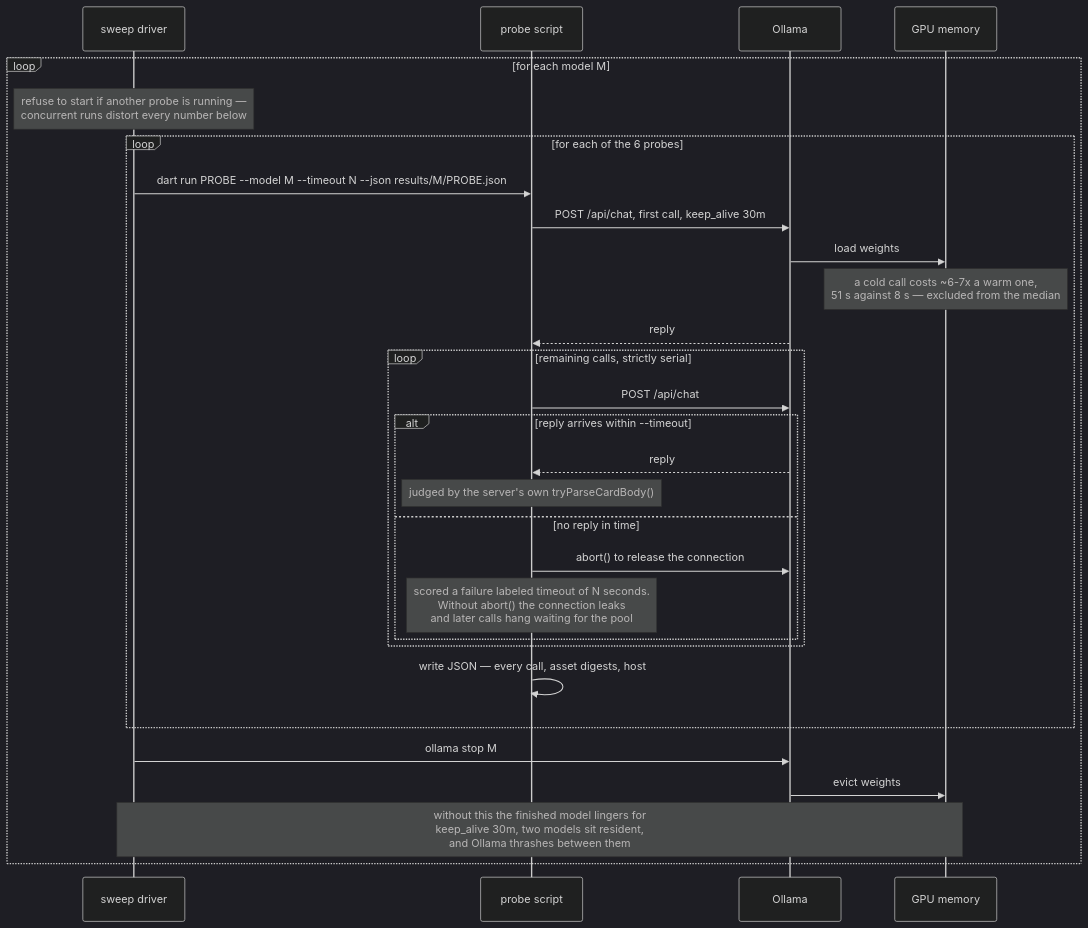
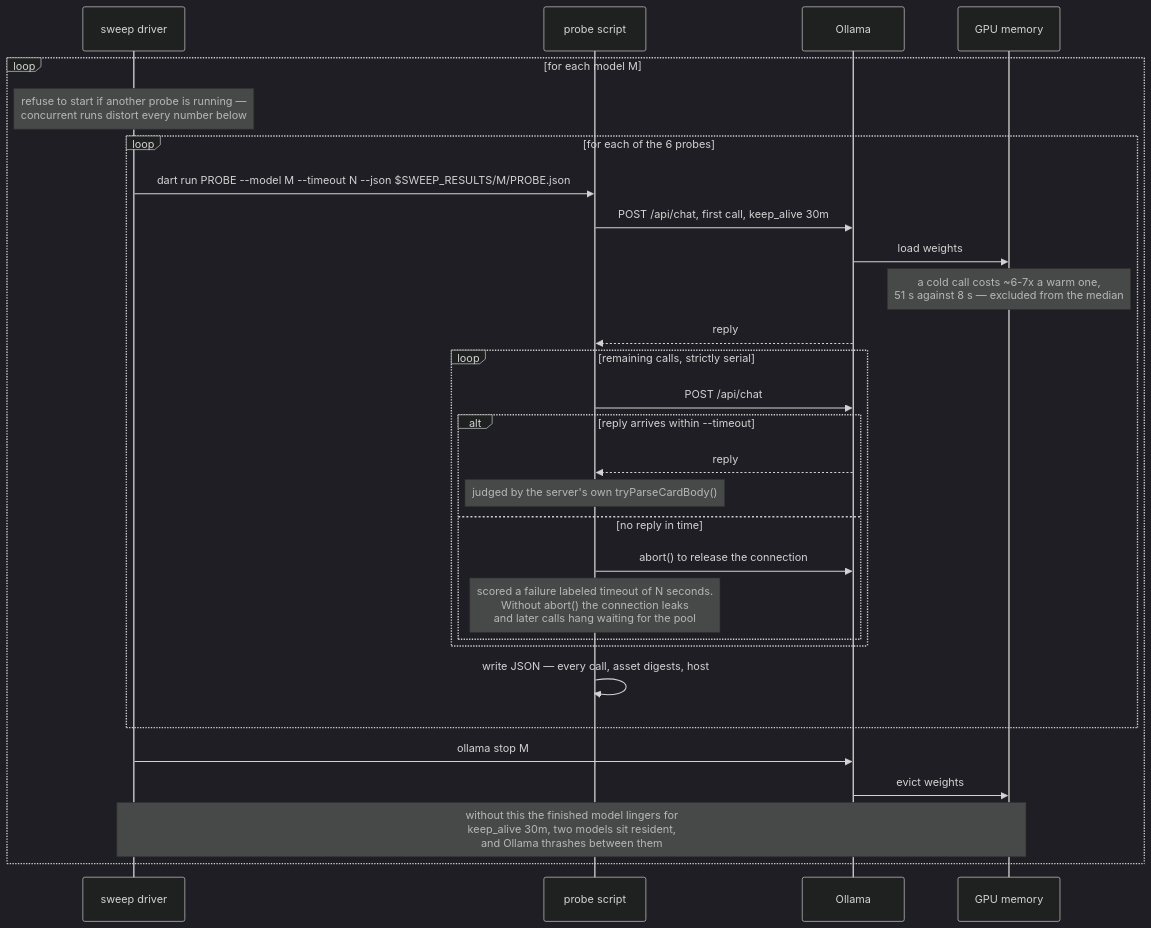
One commit to freemansoft/Flutter-AdaptiveCards changed the diagram in adaptive_chat_server_dart/ModelBehavior.md. Above: the diagram before and after it, drawn with Mermaid (dark theme). The commit also changed 120 other files, not shown here.

````diff
--- a/adaptive_chat_server_dart/ModelBehavior.md
+++ b/adaptive_chat_server_dart/ModelBehavior.md
@@ -791,32 +791,32 @@
 ```mermaid
 sequenceDiagram
   participant D as sweep driver
   participant P as probe script
   participant O as Ollama
   participant V as GPU memory
 
   loop for each model M
     Note over D: refuse to start if another probe is running —<br/>concurrent runs distort every number below
     loop for each of the 6 probes
-      D->>P: dart run PROBE --model M --timeout N --json results/M/PROBE.json
+      D->>P: dart run PROBE --model M --timeout N --json $SWEEP_RESULTS/M/PROBE.json
       P->>O: POST /api/chat, first call, keep_alive 30m
       O->>V: load weights
       Note over V: a cold call costs ~6-7x a warm one,<br/>51 s against 8 s — excluded from the median
       O-->>P: reply
       loop remaining calls, strictly serial
         P->>O: POST /api/chat
         alt reply arrives within --timeout
           O-->>P: reply
           Note over P: judged by the server's own tryParseCardBody()
         else no reply in time
           P->>O: abort() to release the connection
           Note over P: scored a failure labeled timeout of N seconds.<br/>Without abort() the connection leaks<br/>and later calls hang waiting for the pool
         end
       end
       P->>P: write JSON — every call, asset digests, host
     end
     D->>O: ollama stop M
     O->>V: evict weights
     Note over D,V: without this the finished model lingers for<br/>keep_alive 30m, two models sit resident,<br/>and Ollama thrashes between them
   end
 ```
````
